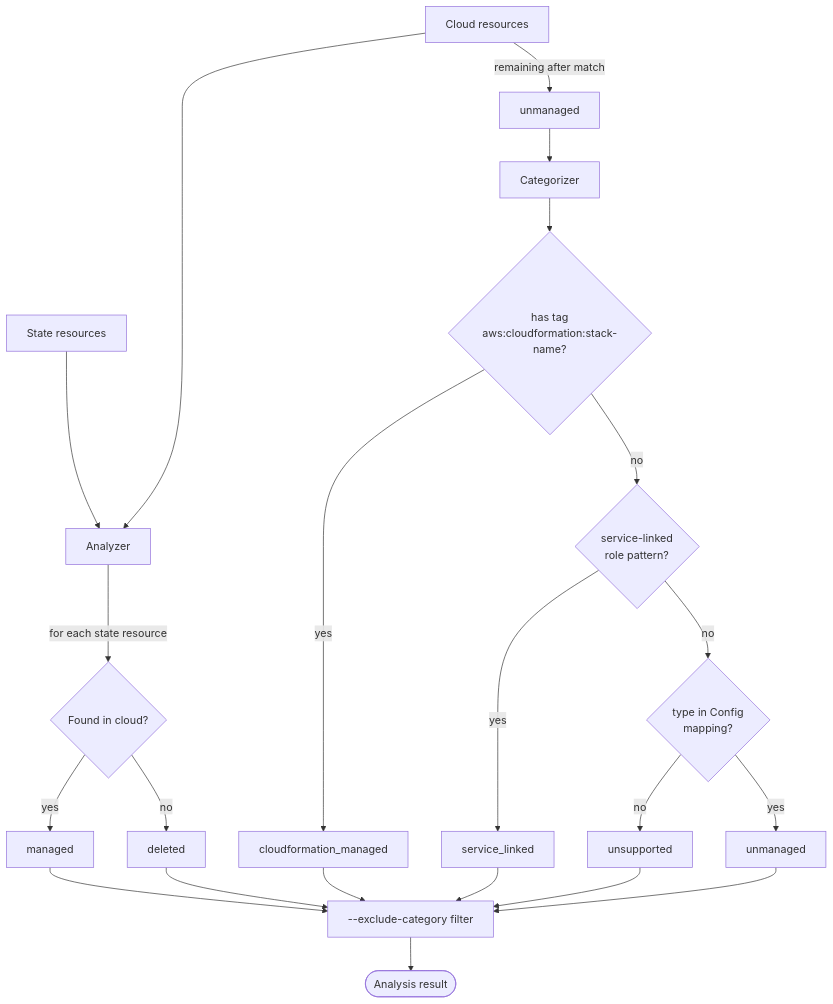
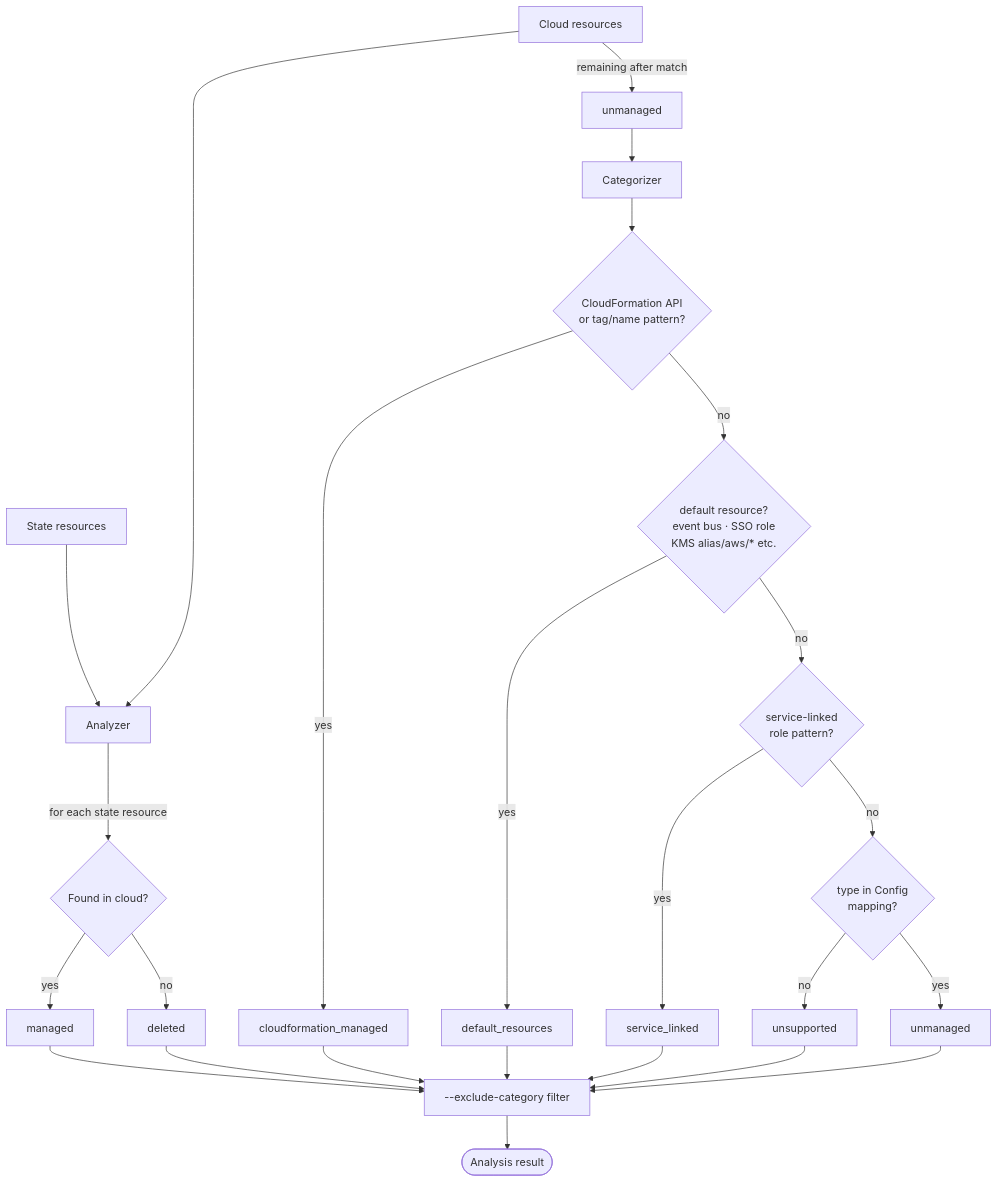
One commit to AgentWong/driftctl changed the eighth of 12 diagrams in docs/code-logic-diagram.md. Above: the diagram before and after it, drawn with Mermaid. The commit also changed other lines of this file and 7 other files, not shown here.

````diff
--- a/docs/code-logic-diagram.md
+++ b/docs/code-logic-diagram.md
@@ -154,21 +154,23 @@
 ```mermaid
 flowchart TD
     StateRes[State resources] --> Analyzer
     CloudRes[Cloud resources] --> Analyzer
     Analyzer --> |for each state resource| Check{Found in cloud?}
     Check --> |yes| Managed[managed]
     Check --> |no| Deleted[deleted]
     CloudRes --> |remaining after match| Unmanaged[unmanaged]
     Unmanaged --> Categorizer
 
-    Categorizer --> CF{has tag<br>aws:cloudformation:stack-name?}
+    Categorizer --> CF{CloudFormation API<br>or tag/name pattern?}
     CF --> |yes| CFManaged[cloudformation_managed]
-    CF --> |no| SL{service-linked<br>role pattern?}
+    CF --> |no| DR{default resource?<br>event bus · SSO role<br>KMS alias/aws/* etc.}
+    DR --> |yes| DefManaged[default_resources]
+    DR --> |no| SL{service-linked<br>role pattern?}
     SL --> |yes| SLManaged[service_linked]
     SL --> |no| US{type in Config<br>mapping?}
     US --> |no| Unsupported[unsupported]
     US --> |yes| StillUnmanaged[unmanaged]
 
-    Managed & Deleted & CFManaged & SLManaged & Unsupported & StillUnmanaged --> ExcludeFilter[--exclude-category filter]
+    Managed & Deleted & CFManaged & DefManaged & SLManaged & Unsupported & StillUnmanaged --> ExcludeFilter[--exclude-category filter]
     ExcludeFilter --> Analysis([Analysis result])
 ```
````
